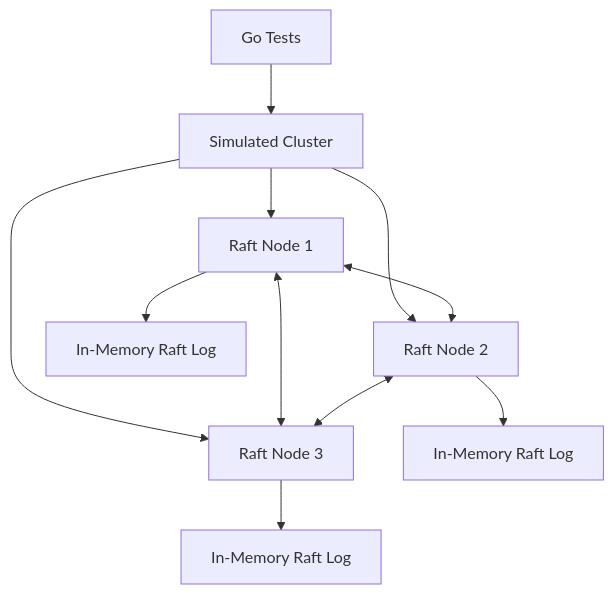
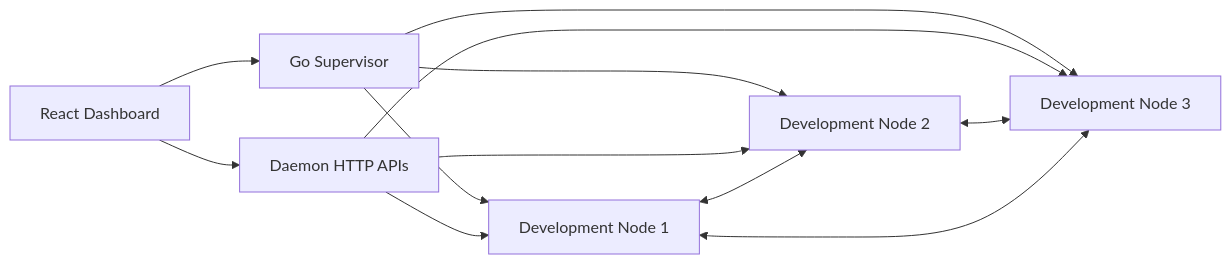
One commit to KrishShah1912/ShardRAFT changed the second of 8 diagrams in README.md. Above: the diagram before and after it, drawn with Mermaid. The commit also changed other lines of this file, not shown here.

Commit message:
docs: update README with complete ShardRAFT implementation (#27)

````diff
--- a/README.md
+++ b/README.md
@@ -147,16 +218,20 @@
 ```mermaid
-flowchart TD
-    A[Go Tests] --> B[Simulated Cluster]
+flowchart LR
+    UI[React Dashboard]
+    SUP[Go Supervisor]
+    API[Daemon HTTP APIs]
 
-    B --> N1[Raft Node 1]
-    B --> N2[Raft Node 2]
-    B --> N3[Raft Node 3]
+    UI --> SUP
+    UI --> API
+    SUP --> N1[Development Node 1]
+    SUP --> N2[Development Node 2]
+    SUP --> N3[Development Node 3]
+
+    API --> N1
+    API --> N2
+    API --> N3
 
     N1 <--> N2
-    N1 <--> N3
     N2 <--> N3
-
-    N1 --> L1[In-Memory Raft Log]
-    N2 --> L2[In-Memory Raft Log]
-    N3 --> L3[In-Memory Raft Log]
+    N3 <--> N1
 ```
````
